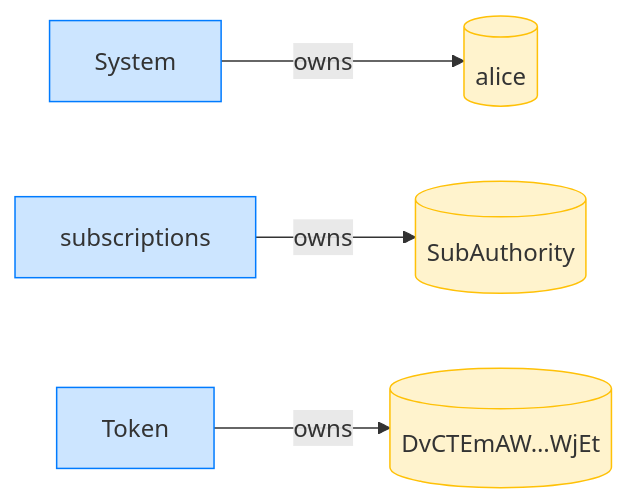
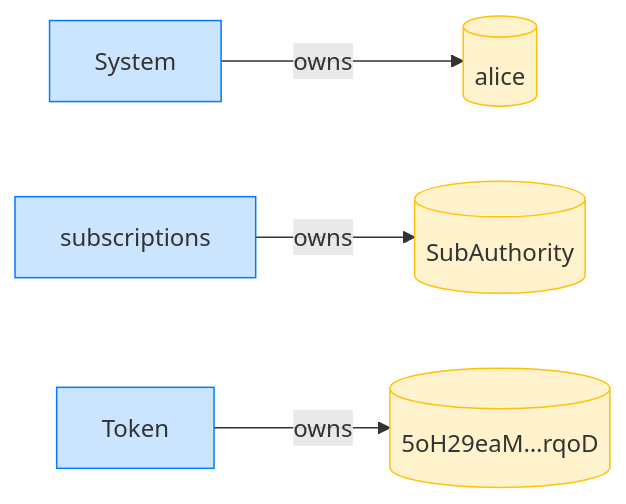
One commit to cds-rs/subscriptions changed the fourth of 16 diagrams in dsl_tests/create-multiple-delegations-at-different-nonces.md. Above: the diagram before and after it, drawn with Mermaid. The commit also changed other lines of this file and 224 other files, not shown here.

````diff
--- a/dsl_tests/create-multiple-delegations-at-different-nonces.md
+++ b/dsl_tests/create-multiple-delegations-at-different-nonces.md
@@ -71,14 +76,14 @@
 ```mermaid
 flowchart LR
     classDef owner fill:#cce5ff,stroke:#007bff;
     classDef account fill:#fff3cd,stroke:#ffc107;
     System[System]:::owner
     alice[(alice)]:::account
     subscriptions[subscriptions]:::owner
     SubAuthority[(SubAuthority)]:::account
     Token[Token]:::owner
-    DvCTEmAW_WjEt[("DvCTEmAW…WjEt")]:::account
+    5oH29eaM_rqoD[("5oH29eaM…rqoD")]:::account
     System -->|owns| alice
     subscriptions -->|owns| SubAuthority
-    Token -->|owns| DvCTEmAW_WjEt
+    Token -->|owns| 5oH29eaM_rqoD
 ```
````
